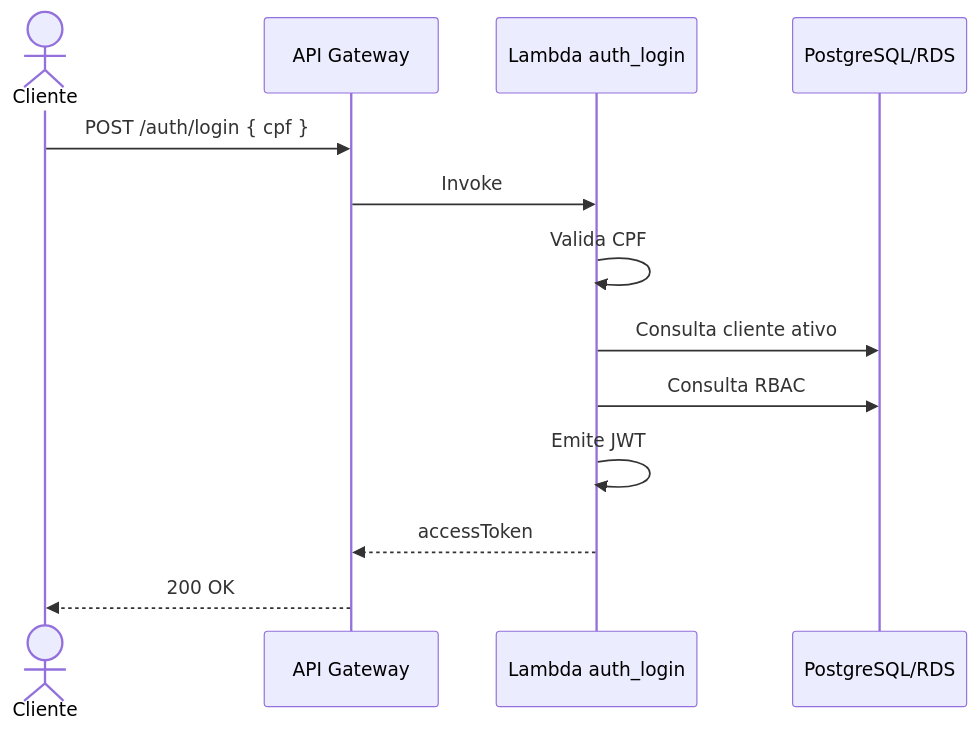
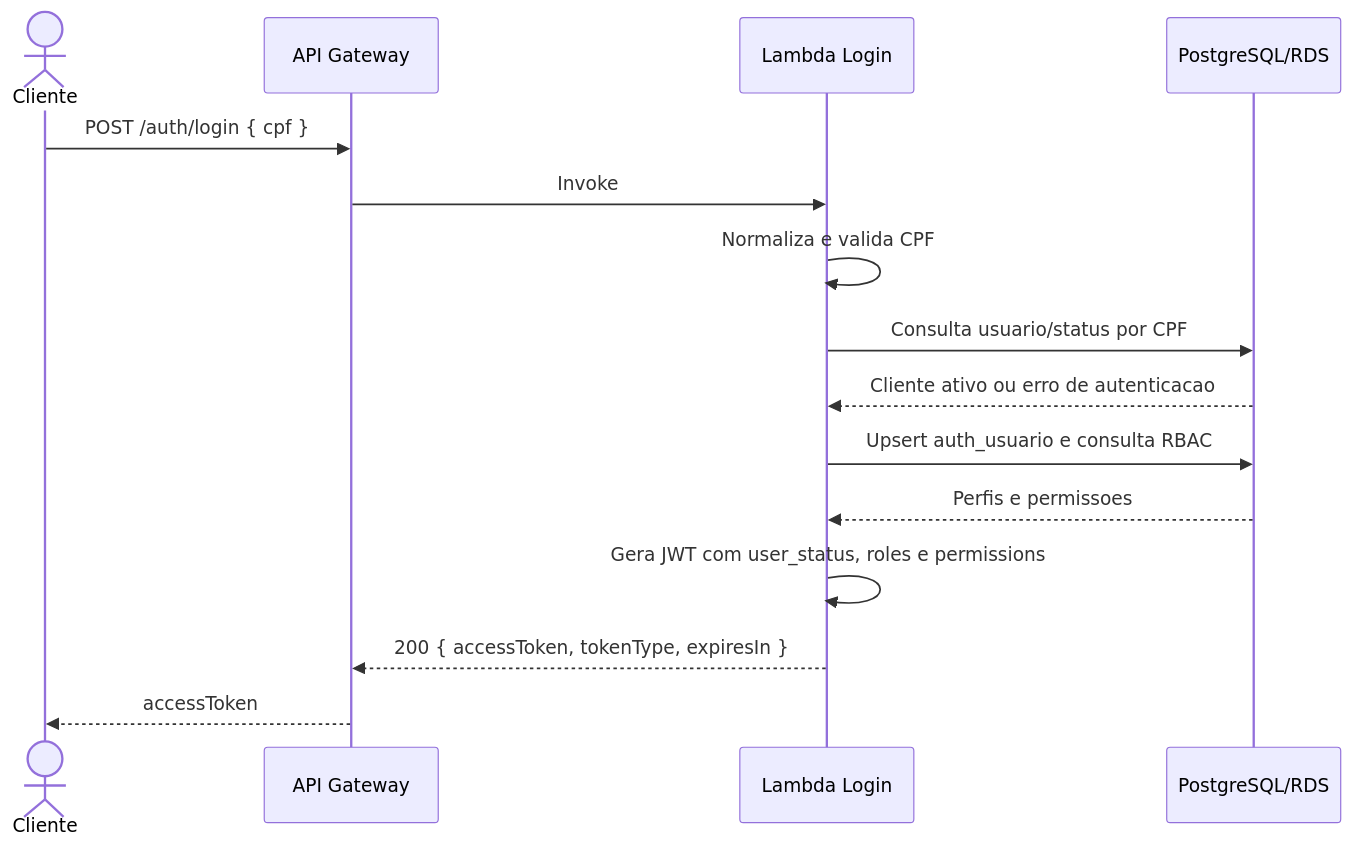
One commit to PosTech15SOAT/numberone-app-auth changed the first of 2 diagrams in docs/diagrams/auth-flow.md. Above: the diagram before and after it, drawn with Mermaid. The commit also changed other lines of this file and 15 other files, not shown here.

Commit message:
docs: finalize auth flow deliverables

````diff
--- a/docs/diagrams/auth-flow.md
+++ b/docs/diagrams/auth-flow.md
@@ -5,16 +8,18 @@
 ```mermaid
 sequenceDiagram
     actor Cliente
     participant APIGW as API Gateway
-    participant Login as Lambda auth_login
+    participant Login as Lambda Login
     participant DB as PostgreSQL/RDS
 
     Cliente->>APIGW: POST /auth/login { cpf }
     APIGW->>Login: Invoke
-    Login->>Login: Valida CPF
-    Login->>DB: Consulta cliente ativo
-    Login->>DB: Consulta RBAC
-    Login->>Login: Emite JWT
-    Login-->>APIGW: accessToken
-    APIGW-->>Cliente: 200 OK
+    Login->>Login: Normaliza e valida CPF
+    Login->>DB: Consulta usuario/status por CPF
+    DB-->>Login: Cliente ativo ou erro de autenticacao
+    Login->>DB: Upsert auth_usuario e consulta RBAC
+    DB-->>Login: Perfis e permissoes
+    Login->>Login: Gera JWT com user_status, roles e permissions
+    Login-->>APIGW: 200 { accessToken, tokenType, expiresIn }
+    APIGW-->>Cliente: accessToken
 ```
````
